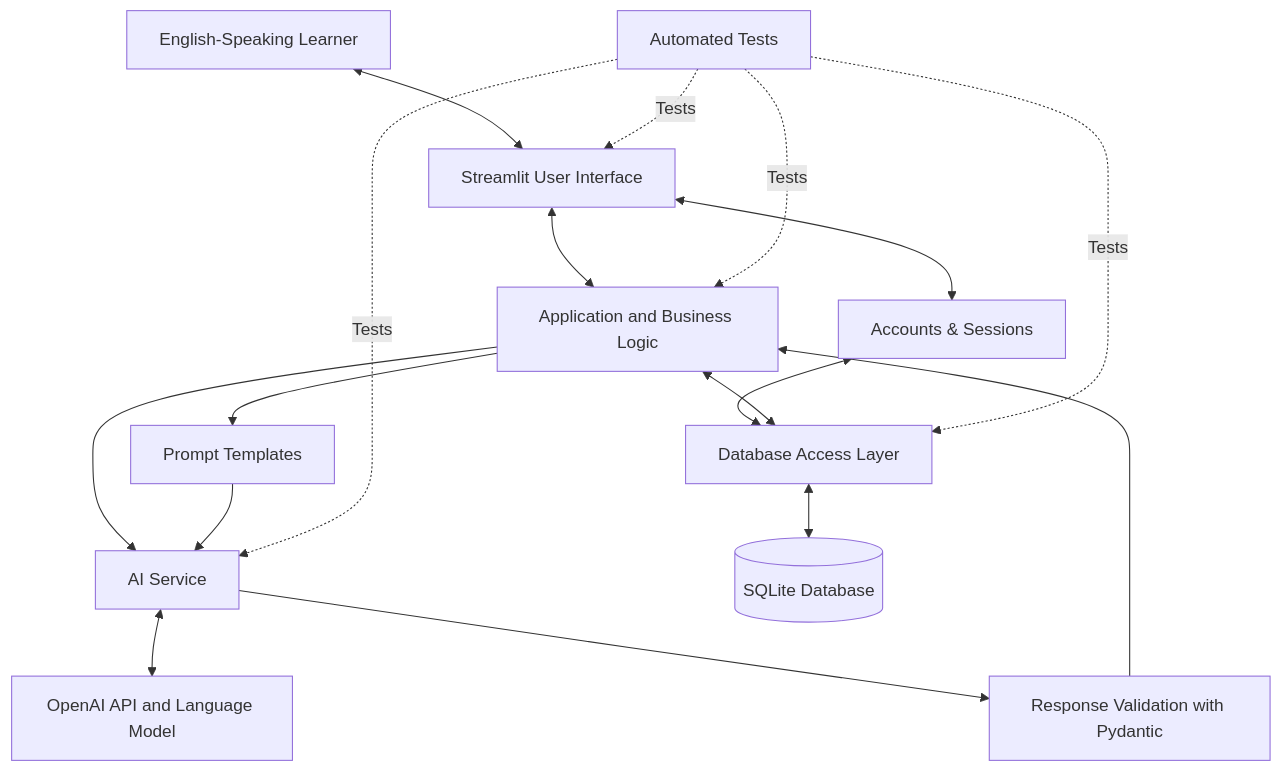
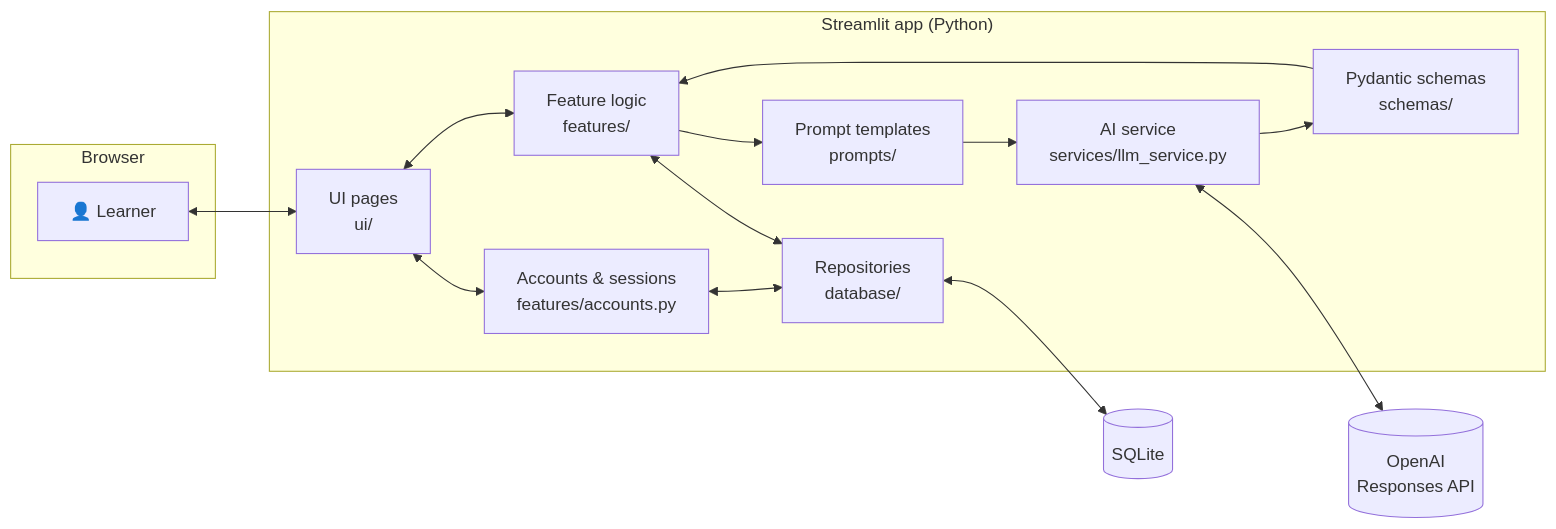
Before and after one commit to mohakamran/japanese-ai-tutor: the first of 4 diagrams in README.md, drawn with Mermaid. The commit also changed other lines of this file, not shown here.

Commit message:
Expand README: app tour with screenshots, how the app works, tech stack, detailed setup guide

````diff
--- a/README.md
+++ b/README.md
@@ -211,31 +301,27 @@
 ```mermaid
-flowchart TD
-    U[English-Speaking Learner]
-    UI[Streamlit User Interface]
-    AUTH[Accounts & Sessions]
-    APP[Application and Business Logic]
-    PROMPTS[Prompt Templates]
-    AI[AI Service]
-    LLM[OpenAI API and Language Model]
-    VALID[Response Validation with Pydantic]
-    DB[Database Access Layer]
-    SQLITE[(SQLite Database)]
-    TESTS[Automated Tests]
+flowchart LR
+    subgraph Browser
+        U[👤 Learner]
+    end
+    subgraph App["Streamlit app (Python)"]
+        UI[UI pages<br/>ui/]
+        AUTH[Accounts & sessions<br/>features/accounts.py]
+        FEAT[Feature logic<br/>features/]
+        PROMPTS[Prompt templates<br/>prompts/]
+        AI[AI service<br/>services/llm_service.py]
+        SCHEMA[Pydantic schemas<br/>schemas/]
+        REPO[Repositories<br/>database/]
+    end
+    OPENAI[(OpenAI<br/>Responses API)]
+    DB[(SQLite)]
 
     U <--> UI
     UI <--> AUTH
-    UI <--> APP
-    AUTH <--> DB
-    APP --> PROMPTS
-    APP --> AI
-    PROMPTS --> AI
-    AI <--> LLM
-    AI --> VALID
-    VALID --> APP
-    APP <--> DB
-    DB <--> SQLITE
-    TESTS -. Tests .-> APP
-    TESTS -. Tests .-> AI
-    TESTS -. Tests .-> DB
-    TESTS -. Tests .-> UI
+    UI <--> FEAT
+    FEAT --> PROMPTS --> AI
+    AI <--> OPENAI
+    AI --> SCHEMA --> FEAT
+    AUTH <--> REPO
+    FEAT <--> REPO
+    REPO <--> DB
 ```
````
